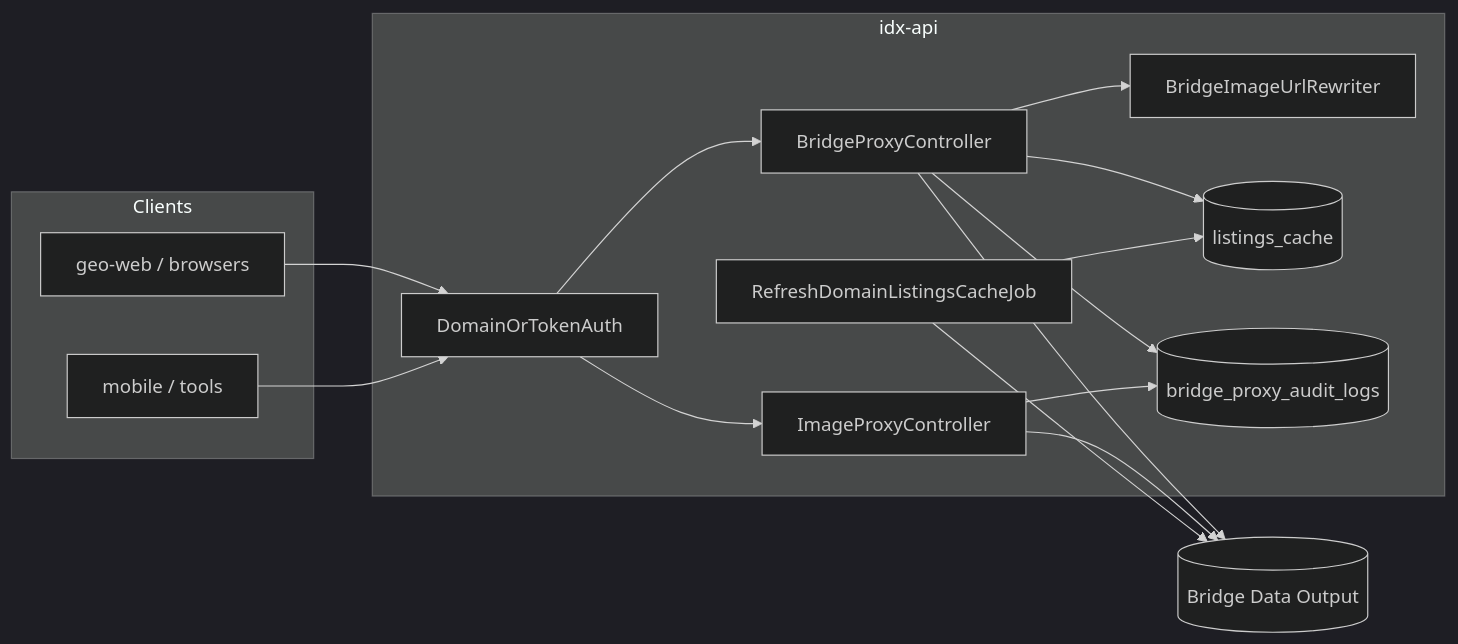
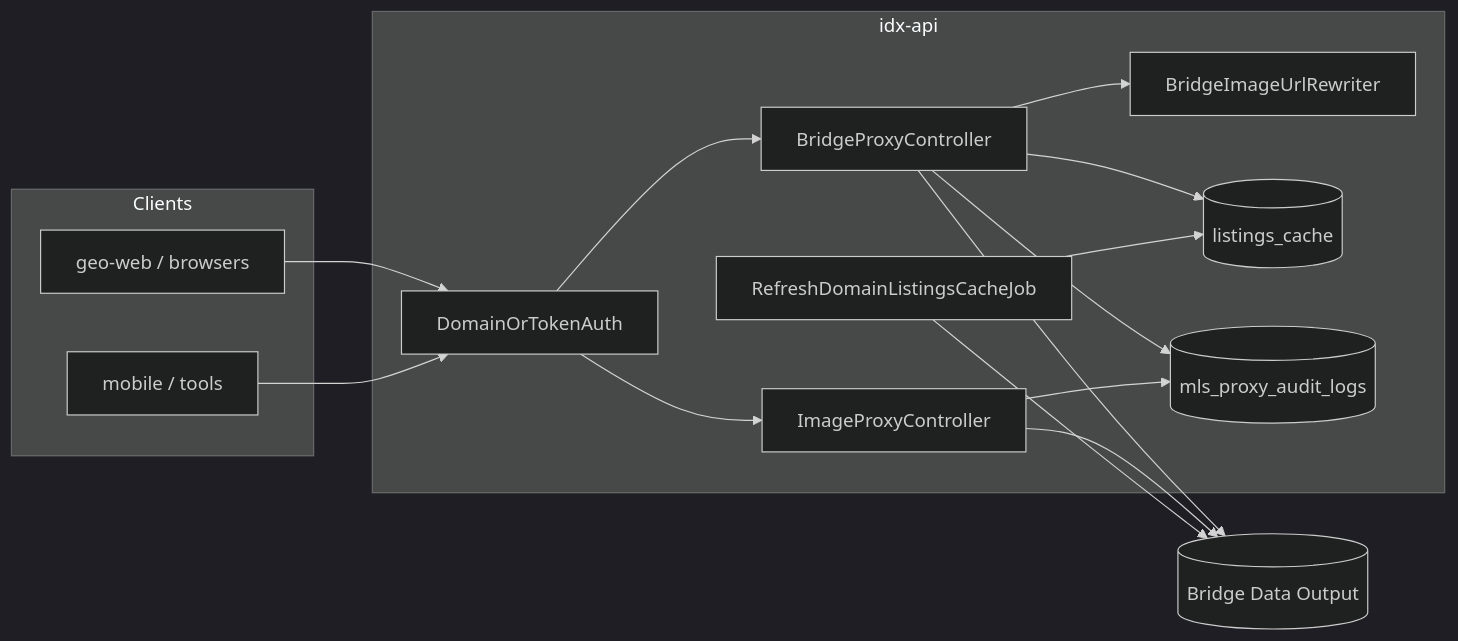
The diagram in docs/idx-api-bridge-proxy.md (jloescher/geo-idx-api), drawn with Mermaid (dark theme) before and after one commit. The commit also changed other lines of this file and 17 other files, not shown here.

````diff
--- a/docs/idx-api-bridge-proxy.md
+++ b/docs/idx-api-bridge-proxy.md
@@ -31,30 +31,30 @@
 ```mermaid
 flowchart LR
   subgraph clients [Clients]
     GW[geo-web / browsers]
     MOB[mobile / tools]
   end
   subgraph idx [idx-api]
     MW[DomainOrTokenAuth]
     BC[BridgeProxyController]
     RW[BridgeImageUrlRewriter]
     IC[ImageProxyController]
     CACHE[(listings_cache)]
-    AUDIT[(bridge_proxy_audit_logs)]
+    AUDIT[(mls_proxy_audit_logs)]
     JOB[RefreshDomainListingsCacheJob]
   end
   BRIDGE[(Bridge Data Output)]
 
   GW --> MW
   MOB --> MW
   MW --> BC
   MW --> IC
   BC --> RW
   BC --> CACHE
   BC --> BRIDGE
   IC --> BRIDGE
   BC --> AUDIT
   IC --> AUDIT
   JOB --> CACHE
   JOB --> BRIDGE
 ```
````
